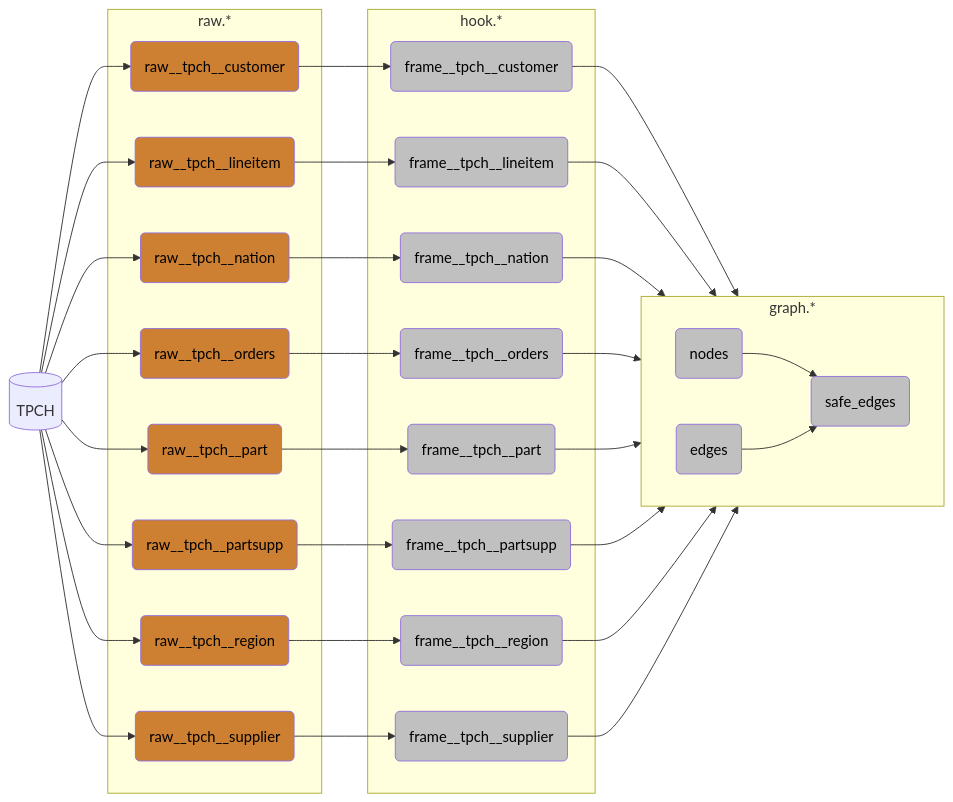
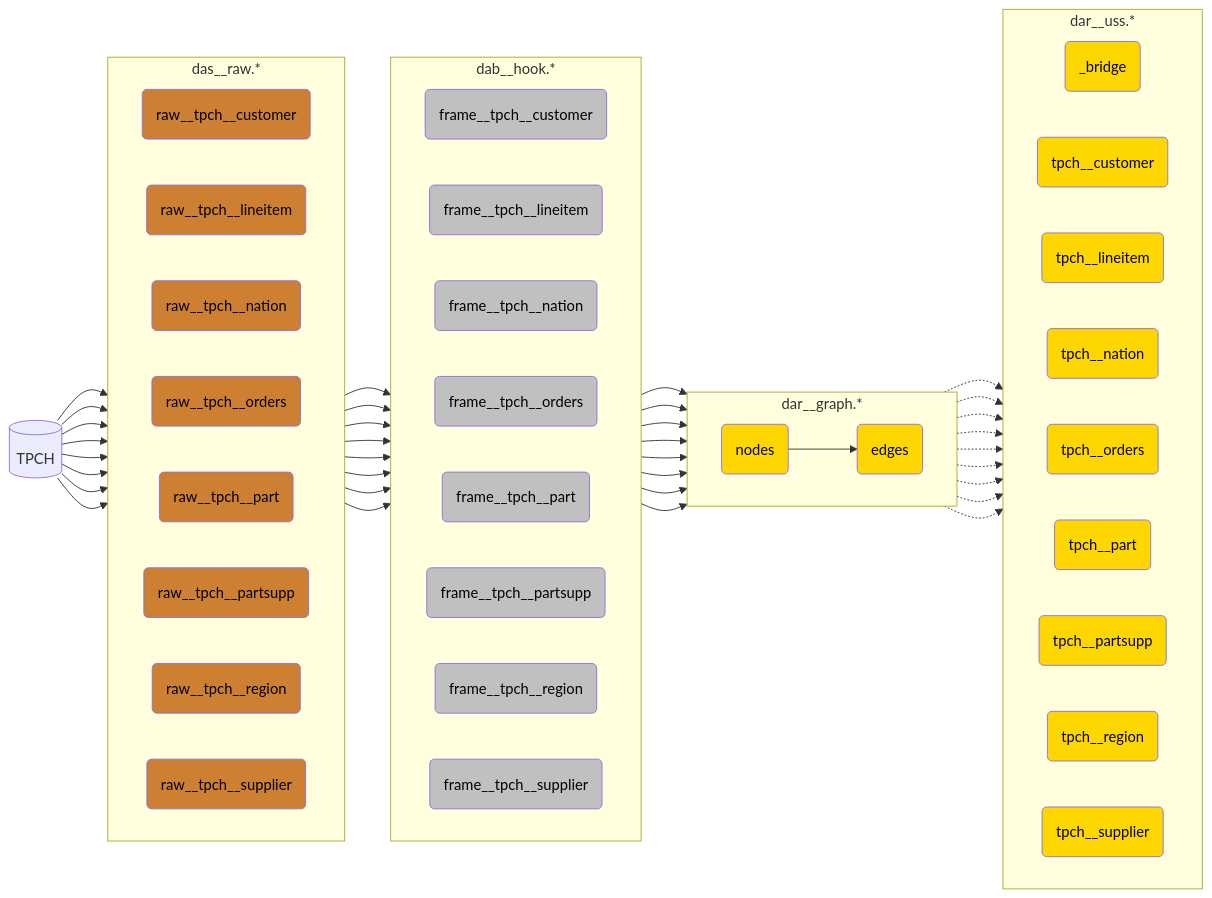
Before and after one commit to mattiasthalen/fabric_blueprint_modelling: the second of 2 diagrams in README.md, drawn with Mermaid. The commit also changed other lines of this file and 9 other files, not shown here.

````diff
--- a/README.md
+++ b/README.md
@@ -26,48 +26,74 @@
 ```mermaid
 flowchart LR
-    classDef bronze fill:#CD7F32,color:black
-    classDef silver fill:#C0C0C0,color:black
-    classDef gold fill:#FFD700,color:black
-    
-    source@{label: TPCH, shape: "database"}
+  classDef bronze fill:#CD7F32,color:black
+  classDef silver fill:#C0C0C0,color:black
+  classDef gold fill:#FFD700,color:black
 
-    subgraph raw[raw.*]
-        raw__tpch__customer:::bronze@{shape: rounded}
-        raw__tpch__lineitem:::bronze@{shape: rounded}
-        raw__tpch__nation:::bronze@{shape: rounded}
-        raw__tpch__orders:::bronze@{shape: rounded}
-        raw__tpch__part:::bronze@{shape: rounded}
-        raw__tpch__partsupp:::bronze@{shape: rounded}
-        raw__tpch__region:::bronze@{shape: rounded}
-        raw__tpch__supplier:::bronze@{shape: rounded}
-    end
+  source@{label: TPCH, shape: "database"}
 
-    subgraph organized[hook.*]
-        frame__tpch__customer:::silver@{shape: rounded}
-        frame__tpch__lineitem:::silver@{shape: rounded}
-        frame__tpch__nation:::silver@{shape: rounded}
-        frame__tpch__orders:::silver@{shape: rounded}
-        frame__tpch__part:::silver@{shape: rounded}
-        frame__tpch__partsupp:::silver@{shape: rounded}
-        frame__tpch__region:::silver@{shape: rounded}
-        frame__tpch__supplier:::silver@{shape: rounded}
-    end
+  subgraph raw[das__raw.*]
+    direction LR
+    raw__tpch__customer:::bronze@{shape: rounded}
+    raw__tpch__lineitem:::bronze@{shape: rounded}
+    raw__tpch__nation:::bronze@{shape: rounded}
+    raw__tpch__orders:::bronze@{shape: rounded}
+    raw__tpch__part:::bronze@{shape: rounded}
+    raw__tpch__partsupp:::bronze@{shape: rounded}
+    raw__tpch__region:::bronze@{shape: rounded}
+    raw__tpch__supplier:::bronze@{shape: rounded}
+  end
 
-    subgraph pgraph[graph.*]
-        direction LR
-        nodes:::silver@{shape: rounded}
-        edges:::silver@{shape: rounded}
-        safe_edges:::silver@{shape: rounded}
-    end
+  subgraph organized[dab__hook.*]
+    direction LR
+    frame__tpch__customer:::silver@{shape: rounded}
+    frame__tpch__lineitem:::silver@{shape: rounded}
+    frame__tpch__nation:::silver@{shape: rounded}
+    frame__tpch__orders:::silver@{shape: rounded}
+    frame__tpch__part:::silver@{shape: rounded}
+    frame__tpch__partsupp:::silver@{shape: rounded}
+    frame__tpch__region:::silver@{shape: rounded}
+    frame__tpch__supplier:::silver@{shape: rounded}
+  end
 
-    source --> raw__tpch__customer --> frame__tpch__customer --> pgraph
-    source --> raw__tpch__lineitem --> frame__tpch__lineitem --> pgraph
-    source --> raw__tpch__nation --> frame__tpch__nation --> pgraph
-    source --> raw__tpch__orders --> frame__tpch__orders --> pgraph
-    source --> raw__tpch__part --> frame__tpch__part --> pgraph
-    source --> raw__tpch__partsupp --> frame__tpch__partsupp --> pgraph
-    source --> raw__tpch__region --> frame__tpch__region --> pgraph
-    source --> raw__tpch__supplier --> frame__tpch__supplier --> pgraph
+  subgraph pgraph[dar__graph.*]
+    direction LR
+    nodes:::gold@{shape: rounded}
+    edges:::gold@{shape: rounded}
 
-    nodes & edges --> safe_edges
+    nodes --> edges
+  end
+
+  subgraph uss[dar__uss.*]
+    direction LR
+
+    _bridge:::gold@{shape: rounded}
+    tpch__customer:::gold@{shape: rounded}
+    tpch__lineitem:::gold@{shape: rounded}
+    tpch__nation:::gold@{shape: rounded}
+    tpch__orders:::gold@{shape: rounded}
+    tpch__part:::gold@{shape: rounded}
+    tpch__partsupp:::gold@{shape: rounded}
+    tpch__region:::gold@{shape: rounded}
+    tpch__supplier:::gold@{shape: rounded}
+  end
+
+  %%source --> raw --> organized --> pgraph
+  source --> raw__tpch__customer --> frame__tpch__customer --> pgraph
+  source --> raw__tpch__lineitem --> frame__tpch__lineitem --> pgraph
+  source --> raw__tpch__nation --> frame__tpch__nation --> pgraph
+  source --> raw__tpch__orders --> frame__tpch__orders --> pgraph
+  source --> raw__tpch__part --> frame__tpch__part --> pgraph
+  source --> raw__tpch__partsupp --> frame__tpch__partsupp --> pgraph
+  source --> raw__tpch__region --> frame__tpch__region --> pgraph
+  source --> raw__tpch__supplier --> frame__tpch__supplier --> pgraph
+
+  pgraph -.-> _bridge
+  pgraph -.-> tpch__customer
+  pgraph -.-> tpch__lineitem
+  pgraph -.-> tpch__nation
+  pgraph -.-> tpch__orders
+  pgraph -.-> tpch__part
+  pgraph -.-> tpch__partsupp
+  pgraph -.-> tpch__region
+  pgraph -.-> tpch__supplier
 ```
````
